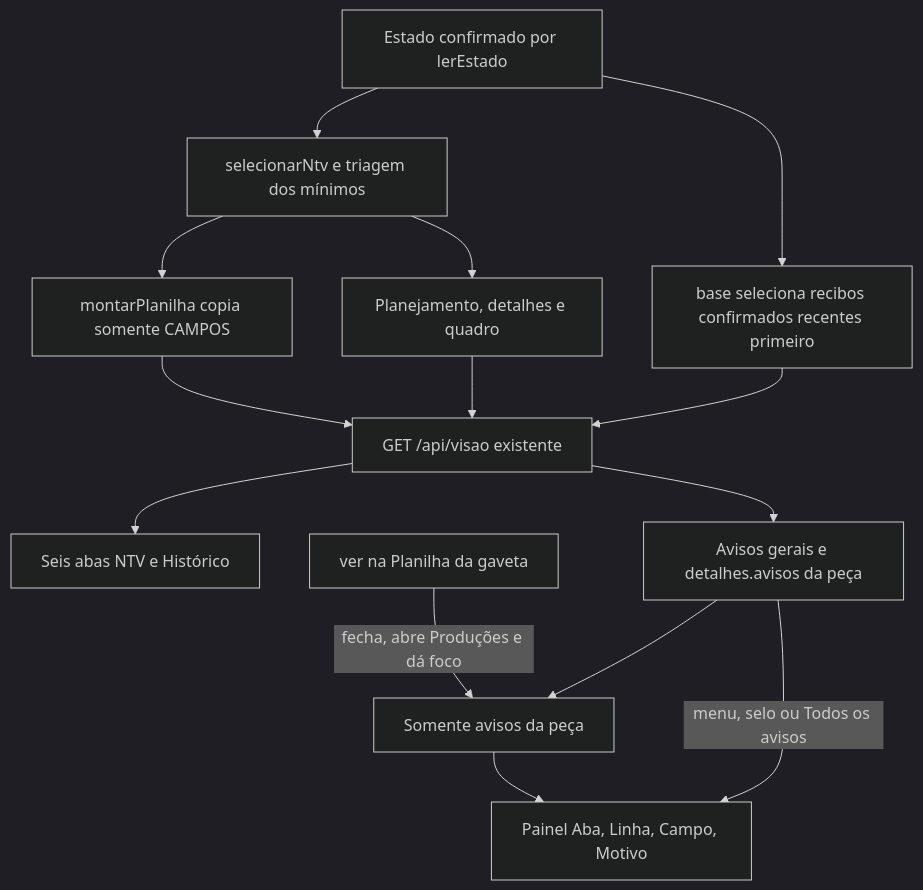
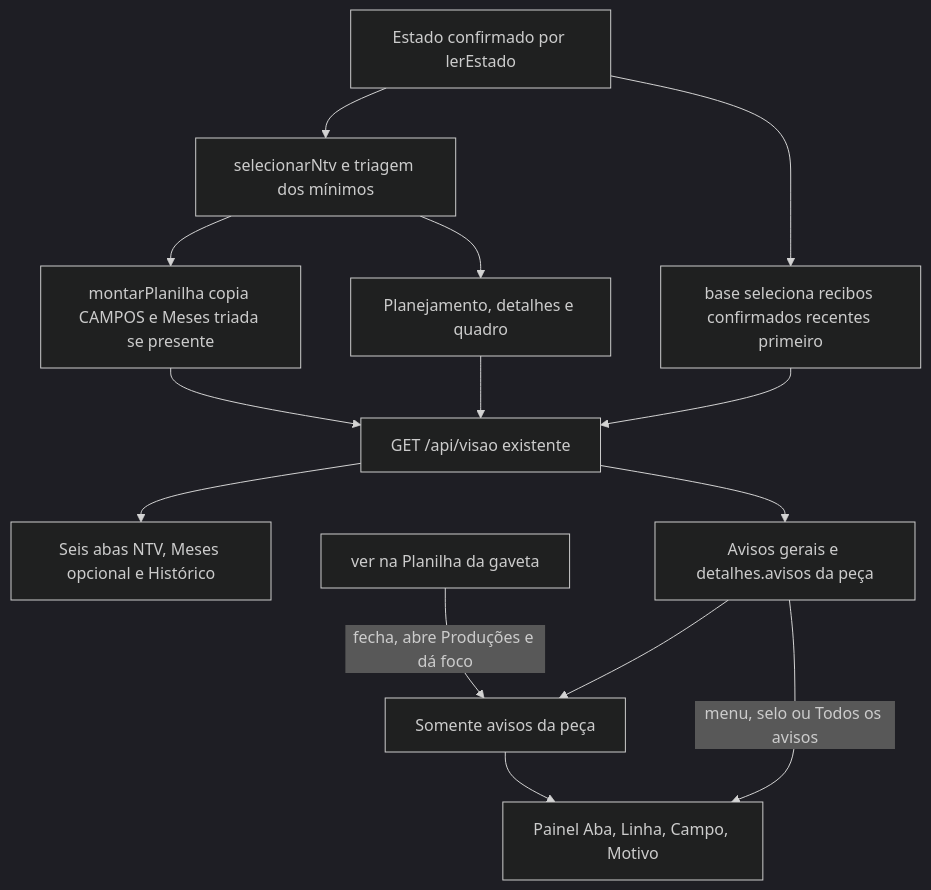
The third of 4 diagrams in docs/architecture.md (Browsher/crm-social), drawn with Mermaid (dark theme) before and after one commit. The commit also changed other lines of this file and 29 other files, not shown here.

````diff
--- a/docs/architecture.md
+++ b/docs/architecture.md
@@ -172,16 +172,16 @@
 ```mermaid
 flowchart TD
   Estado[Estado confirmado por lerEstado] --> Selecionar[selecionarNtv e triagem dos mínimos]
-  Selecionar --> Copiar[montarPlanilha copia somente CAMPOS]
+  Selecionar --> Copiar[montarPlanilha copia CAMPOS e Meses triada se presente]
   Selecionar --> Enriquecer[Planejamento, detalhes e quadro]
   Estado --> Recibos[base seleciona recibos confirmados recentes primeiro]
   Copiar --> API[GET /api/visao existente]
   Enriquecer --> API
   Recibos --> API
-  API --> Abas[Seis abas NTV e Histórico]
+  API --> Abas[Seis abas NTV, Meses opcional e Histórico]
   API --> Avisos[Avisos gerais e detalhes.avisos da peça]
   Gaveta[ver na Planilha da gaveta] -->|fecha, abre Produções e dá foco| Filtro[Somente avisos da peça]
   Avisos --> Filtro
   Filtro --> Painel[Painel Aba, Linha, Campo, Motivo]
   Avisos -->|menu, selo ou Todos os avisos| Painel
 ```
````
